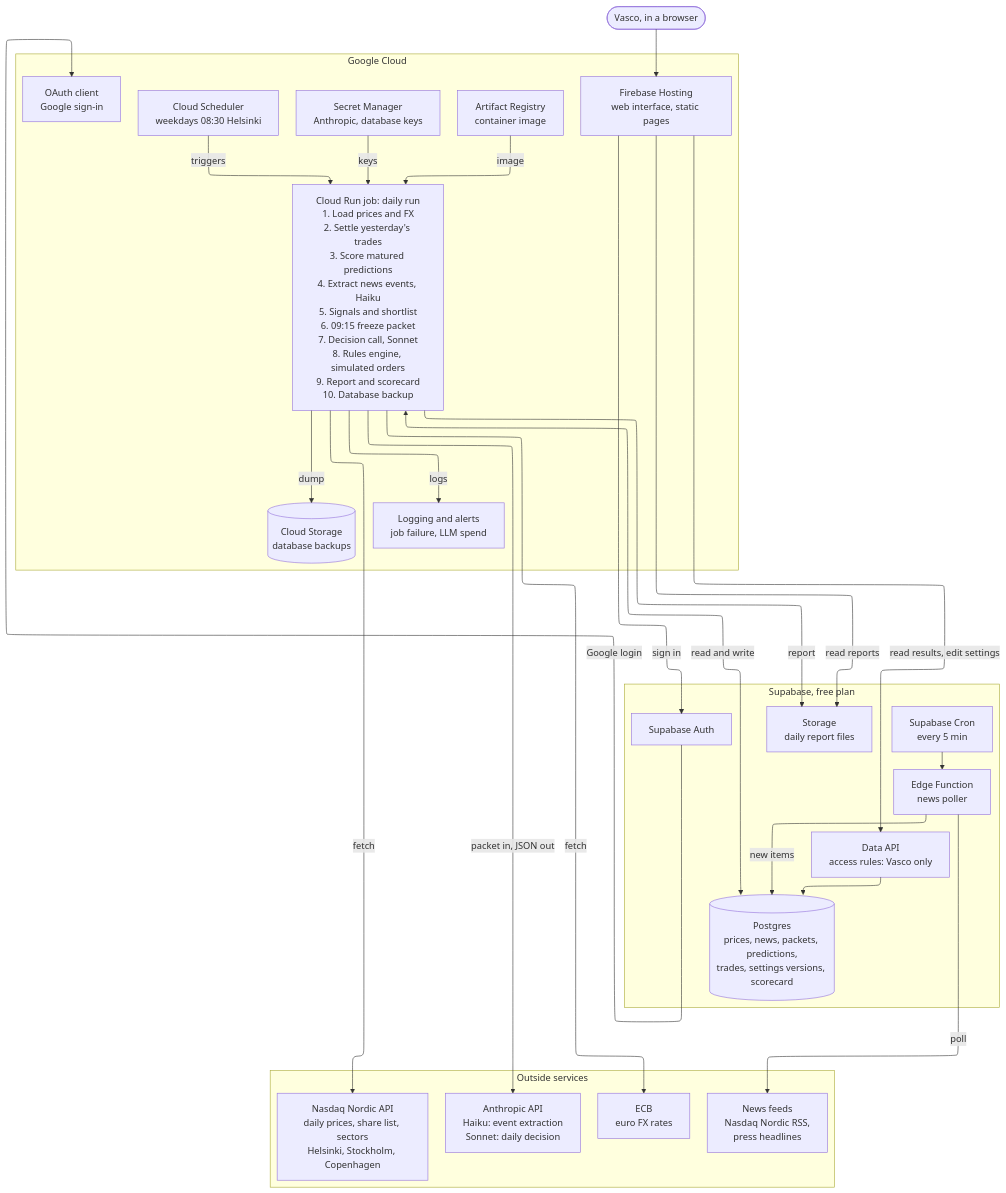
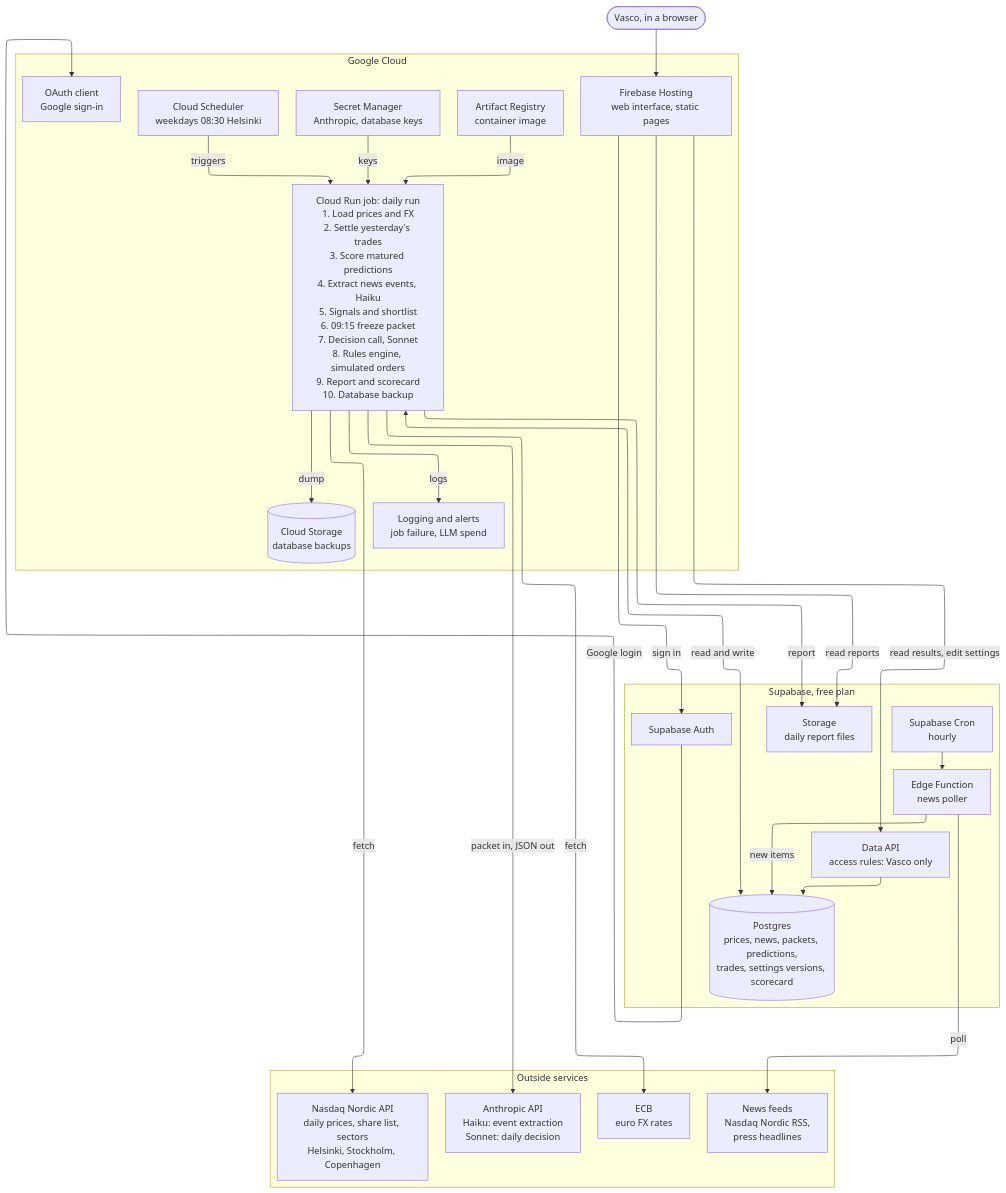
One commit to vcorr/investment-planner changed the diagram in docs/architecture.md. Above: the diagram before and after it, drawn with Mermaid. The commit also changed 6 other files, not shown here.

First line of the commit message:
Poll company announcements hourly instead of every 5 minutes

````diff
--- a/docs/architecture.md
+++ b/docs/architecture.md
@@ -5,64 +5,64 @@
 ```mermaid
 ---
 config:
   layout: elk
 ---
 flowchart TB
     vasco([Vasco, in a browser])
 
     subgraph google[Google Cloud]
         direction TB
         scheduler[Cloud Scheduler<br/>weekdays 08:30 Helsinki]
         registry[Artifact Registry<br/>container image]
         secrets[Secret Manager<br/>Anthropic, database keys]
         job["Cloud Run job: daily run<br/>1. Load prices and FX<br/>2. Settle yesterday's trades<br/>3. Score matured predictions<br/>4. Extract news events, Haiku<br/>5. Signals and shortlist<br/>6. 09:15 freeze packet<br/>7. Decision call, Sonnet<br/>8. Rules engine, simulated orders<br/>9. Report and scorecard<br/>10. Database backup"]
         alerts[Logging and alerts<br/>job failure, LLM spend]
         backup[(Cloud Storage<br/>database backups)]
         hosting[Firebase Hosting<br/>web interface, static pages]
         oauth[OAuth client<br/>Google sign-in]
     end
 
     subgraph supabase[Supabase, free plan]
         direction TB
-        cron[Supabase Cron<br/>every 5 min]
+        cron[Supabase Cron<br/>hourly]
         poller[Edge Function<br/>news poller]
         db[(Postgres<br/>prices, news, packets, predictions,<br/>trades, settings versions, scorecard)]
         api[Data API<br/>access rules: Vasco only]
         auth[Supabase Auth]
         storage[Storage<br/>daily report files]
     end
 
     subgraph external[Outside services]
         nasdaq[Nasdaq Nordic API<br/>daily prices, share list, sectors<br/>Helsinki, Stockholm, Copenhagen]
         ecb[ECB<br/>euro FX rates]
         anthropic[Anthropic API<br/>Haiku: event extraction<br/>Sonnet: daily decision]
         news[News feeds<br/>Nasdaq Nordic RSS,<br/>press headlines]
     end
 
     %% Scheduling and deployment
     scheduler -->|triggers| job
     registry -->|image| job
     secrets -->|keys| job
     job -->|logs| alerts
 
     %% Daily run
     job -->|fetch| nasdaq
     job -->|fetch| ecb
     job -->|packet in, JSON out| anthropic
     job <-->|read and write| db
     job -->|report| storage
     job -->|dump| backup
 
     %% News collection
     cron --> poller
     poller -->|poll| news
     poller -->|new items| db
 
     %% Web interface
     vasco --> hosting
     hosting -->|sign in| auth
     auth -->|Google login| oauth
     hosting -->|read results, edit settings| api
     api --> db
     hosting -->|read reports| storage
 ```
````
